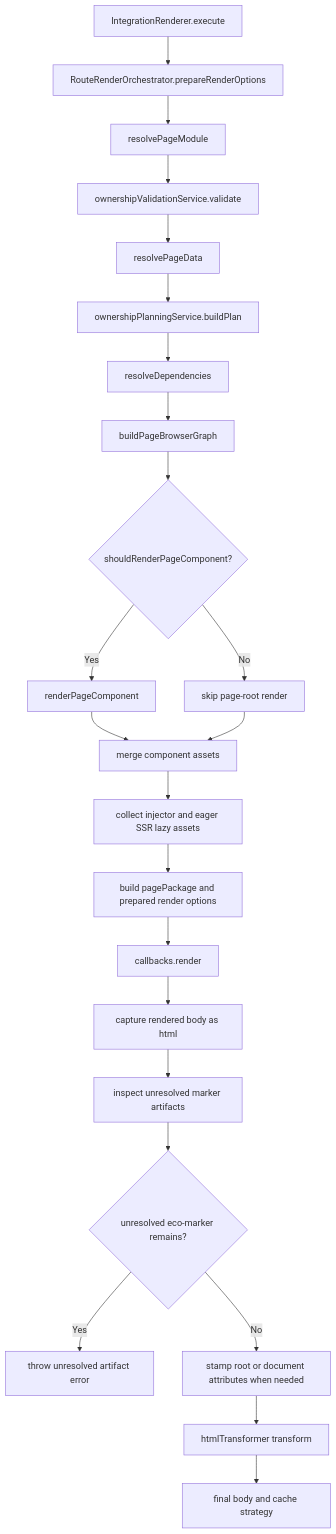
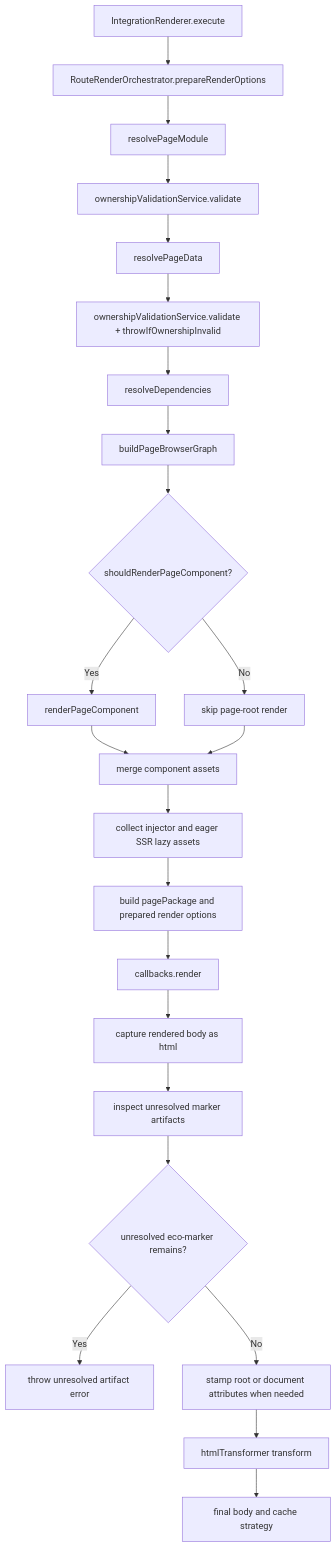
One commit to ecopages/ecopages changed the second of 5 diagrams in packages/core/src/route-renderer/GRAPH.md. Above: the diagram before and after it, drawn with Mermaid. The commit also changed other lines of this file and 27 other files, not shown here.

````diff
--- a/packages/core/src/route-renderer/GRAPH.md
+++ b/packages/core/src/route-renderer/GRAPH.md
@@ -38,25 +38,25 @@
 ```mermaid
 flowchart TD
   A[IntegrationRenderer.execute] --> B[RouteRenderOrchestrator.prepareRenderOptions]
   B --> C[resolvePageModule]
   C --> D[ownershipValidationService.validate]
   D --> E[resolvePageData]
-  E --> F[ownershipPlanningService.buildPlan]
+  E --> F[ownershipValidationService.validate + throwIfOwnershipInvalid]
   F --> G[resolveDependencies]
   G --> H[buildPageBrowserGraph]
   H --> I{shouldRenderPageComponent?}
   I -- Yes --> J[renderPageComponent]
   I -- No --> K[skip page-root render]
   J --> L[merge component assets]
   K --> L
   L --> M[collect injector and eager SSR lazy assets]
   M --> N[build pagePackage and prepared render options]
   N --> O[callbacks.render]
   O --> P[capture rendered body as html]
   P --> Q[inspect unresolved marker artifacts]
   Q --> R{unresolved eco-marker remains?}
   R -- Yes --> S[throw unresolved artifact error]
   R -- No --> T[stamp root or document attributes when needed]
   T --> U[htmlTransformer transform]
   U --> V[final body and cache strategy]
 ```
````
